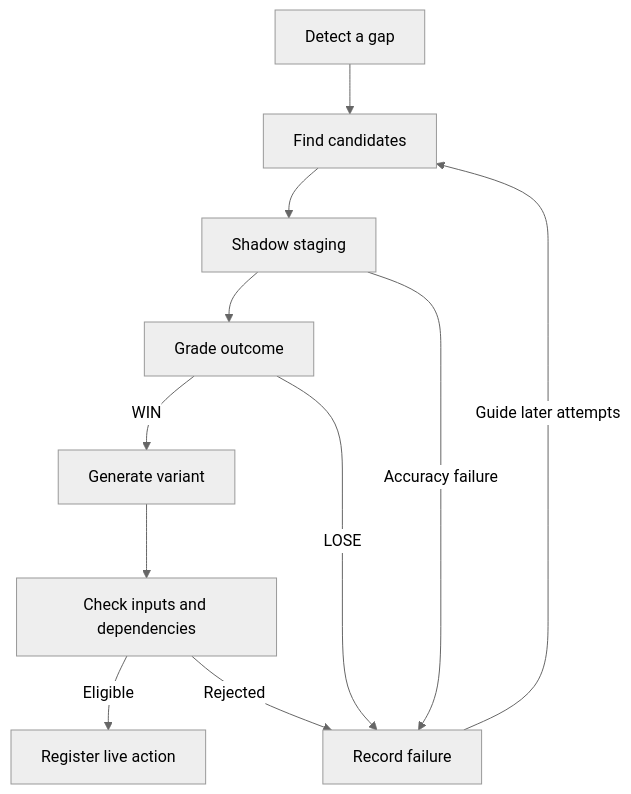
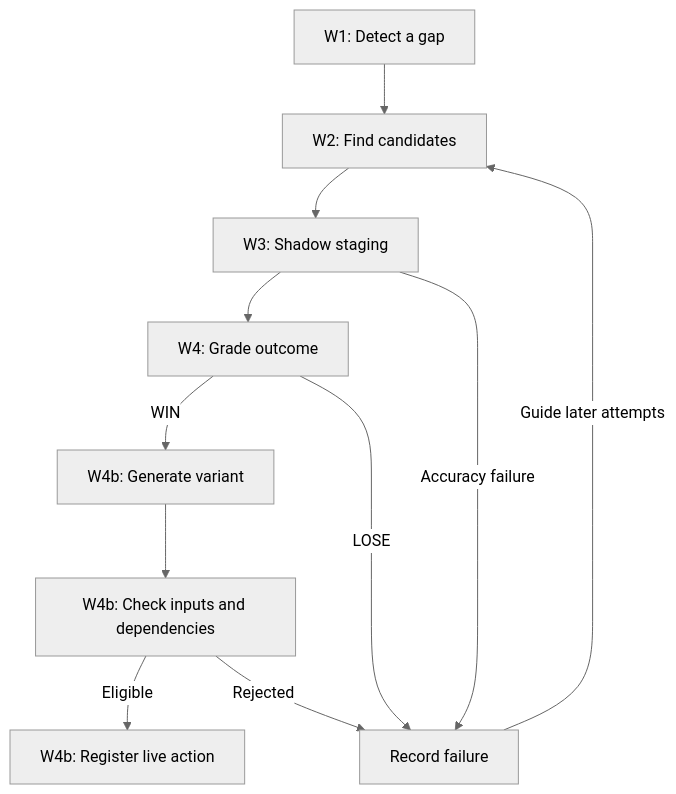
Before and after one commit to mematron/Arminta: the fourth of 6 diagrams in README.md, drawn with Mermaid (neutral theme). The commit also changed other lines of this file, not shown here.

````diff
--- a/README.md
+++ b/README.md
@@ -146,13 +146,13 @@
 ```mermaid
 flowchart TD
-    node_gap["Detect a gap"] --> node_shop["Find candidates"];
-    node_shop --> node_shadow["Shadow staging"];
-    node_shadow --> node_grade["Grade outcome"];
+    node_gap["W1: Detect a gap"] --> node_shop["W2: Find candidates"];
+    node_shop --> node_shadow["W3: Shadow staging"];
+    node_shadow --> node_grade["W4: Grade outcome"];
     node_shadow -->|Accuracy failure| node_feedback["Record failure"];
-    node_grade -->|WIN| node_generate["Generate variant"];
+    node_grade -->|WIN| node_generate["W4b: Generate variant"];
     node_grade -->|LOSE| node_feedback;
-    node_generate --> node_checks["Check inputs and dependencies"];
-    node_checks -->|Eligible| node_live["Register live action"];
+    node_generate --> node_checks["W4b: Check inputs and dependencies"];
+    node_checks -->|Eligible| node_live["W4b: Register live action"];
     node_checks -->|Rejected| node_feedback;
     node_feedback -->|Guide later attempts| node_shop;
 ```
````
